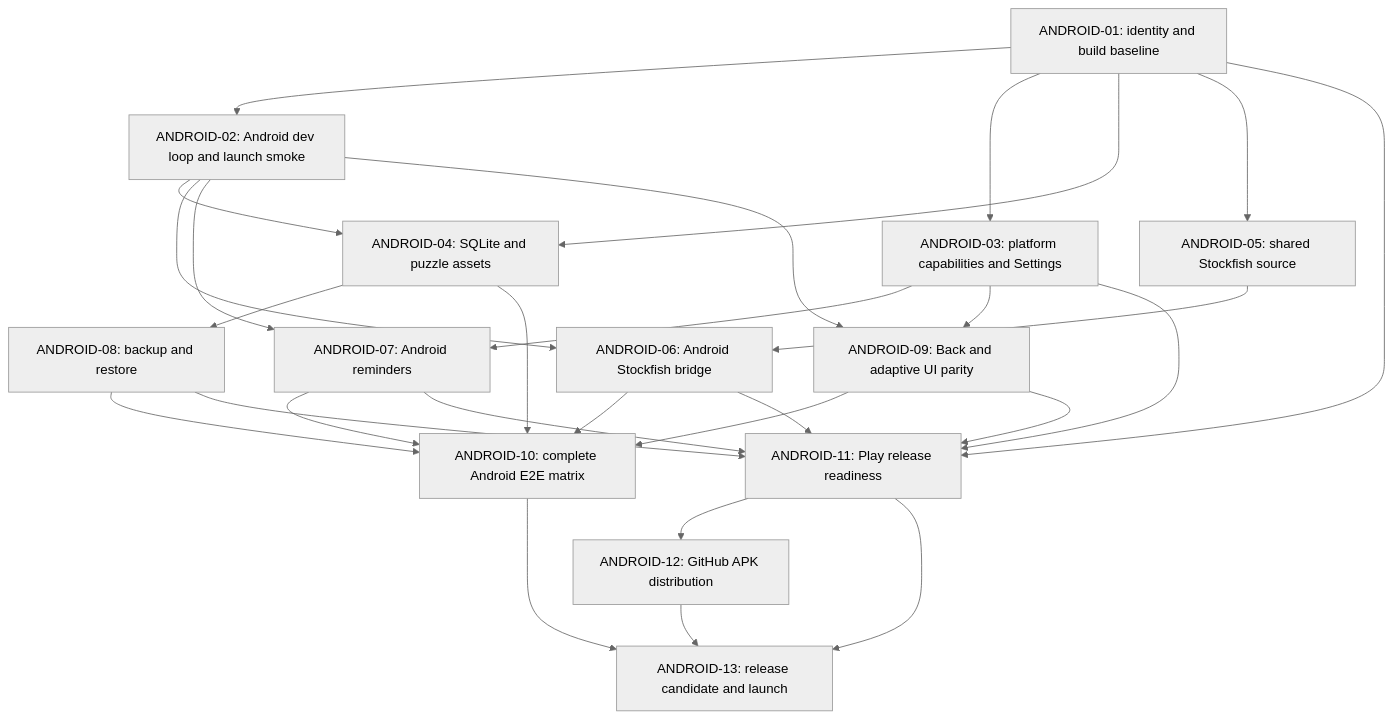
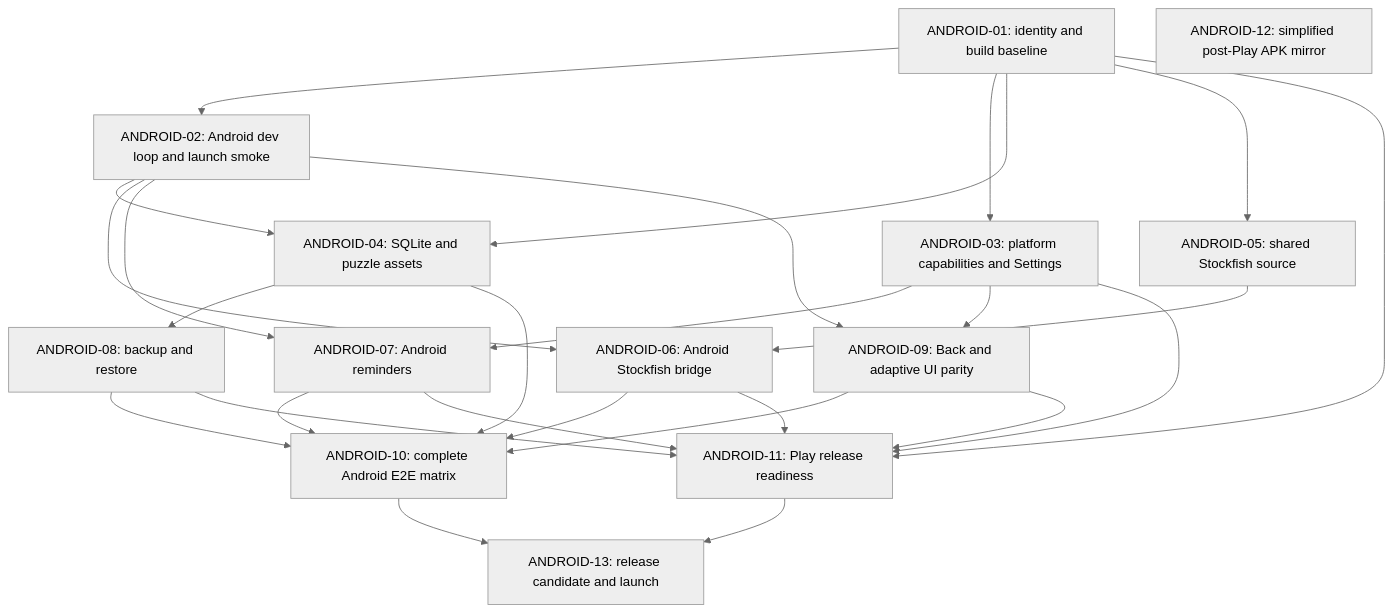
Before and after one commit to Chessticize/chessticize-mobile: the diagram in apps/mobile/docs/ANDROID_RELEASE_PLAN.md, drawn with Mermaid (neutral theme). The commit also changed other lines of this file and 29 other files, not shown here.

````diff
--- a/apps/mobile/docs/ANDROID_RELEASE_PLAN.md
+++ b/apps/mobile/docs/ANDROID_RELEASE_PLAN.md
@@ -90,44 +90,42 @@
 ```mermaid
 flowchart TD
   A1["ANDROID-01: identity and build baseline"]
   A2["ANDROID-02: Android dev loop and launch smoke"]
   A3["ANDROID-03: platform capabilities and Settings"]
   A4["ANDROID-04: SQLite and puzzle assets"]
   A5["ANDROID-05: shared Stockfish source"]
   A6["ANDROID-06: Android Stockfish bridge"]
   A7["ANDROID-07: Android reminders"]
   A8["ANDROID-08: backup and restore"]
   A9["ANDROID-09: Back and adaptive UI parity"]
   A10["ANDROID-10: complete Android E2E matrix"]
   A11["ANDROID-11: Play release readiness"]
-  A12["ANDROID-12: GitHub APK distribution"]
+  A12["ANDROID-12: simplified post-Play APK mirror"]
   A13["ANDROID-13: release candidate and launch"]
 
   A1 --> A2
   A1 --> A3
   A1 --> A4
   A1 --> A5
   A2 --> A4
   A2 --> A6
   A2 --> A7
   A2 --> A9
   A3 --> A7
   A3 --> A9
   A4 --> A8
   A5 --> A6
   A4 --> A10
   A6 --> A10
   A7 --> A10
   A8 --> A10
   A9 --> A10
   A1 --> A11
   A3 --> A11
   A6 --> A11
   A7 --> A11
   A8 --> A11
   A9 --> A11
-  A11 --> A12
   A10 --> A13
   A11 --> A13
-  A12 --> A13
 ```
````
